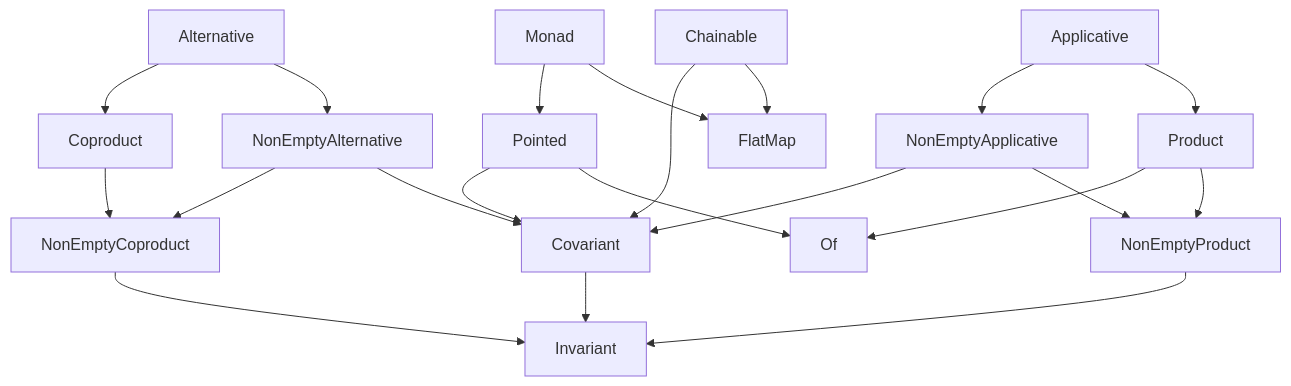
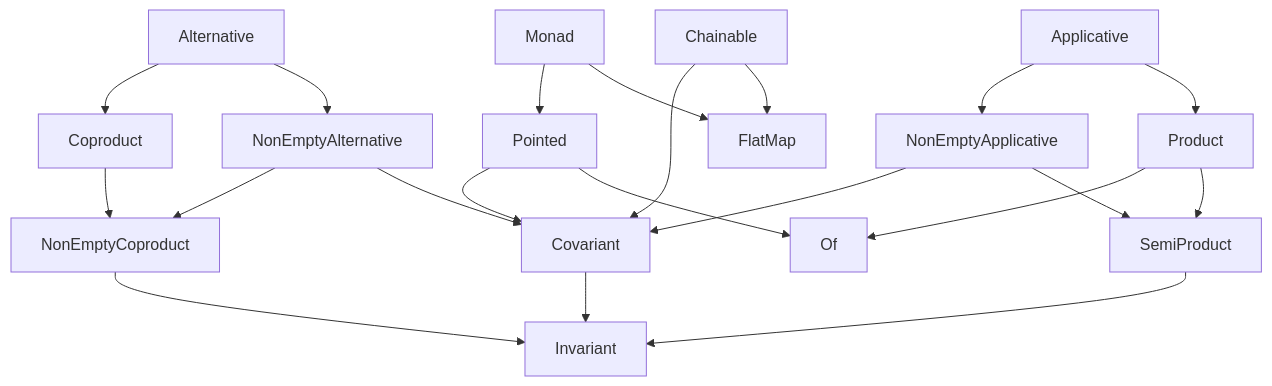
The diagram in Overview.md (fp-ts/core), drawn with Mermaid before and after one commit. The commit also changed other lines of this file and 15 other files, not shown here.

Commit message:
NonEmptyProduct: rename to SemiProduct

````diff
--- a/Overview.md
+++ b/Overview.md
@@ -110,23 +110,23 @@
 ```mermaid
 flowchart TD
     Alternative --> NonEmptyAlternative
     Alternative --> Coproduct
     Applicative --> Product
     Coproduct --> NonEmptyCoproduct
     NonEmptyAlternative --> Covariant
     NonEmptyAlternative --> NonEmptyCoproduct
-    NonEmptyApplicative --> NonEmptyProduct
+    NonEmptyApplicative --> SemiProduct
     NonEmptyApplicative --> Covariant
     Applicative --> NonEmptyApplicative
     Chainable --> FlatMap
     Chainable ---> Covariant
     Monad --> FlatMap
     Monad --> Pointed
     Pointed --> Of
     Pointed --> Covariant
-    Product --> NonEmptyProduct
+    Product --> SemiProduct
     Product --> Of
-    NonEmptyProduct --> Invariant
+    SemiProduct --> Invariant
     Covariant --> Invariant
     NonEmptyCoproduct --> Invariant
 ```
````
